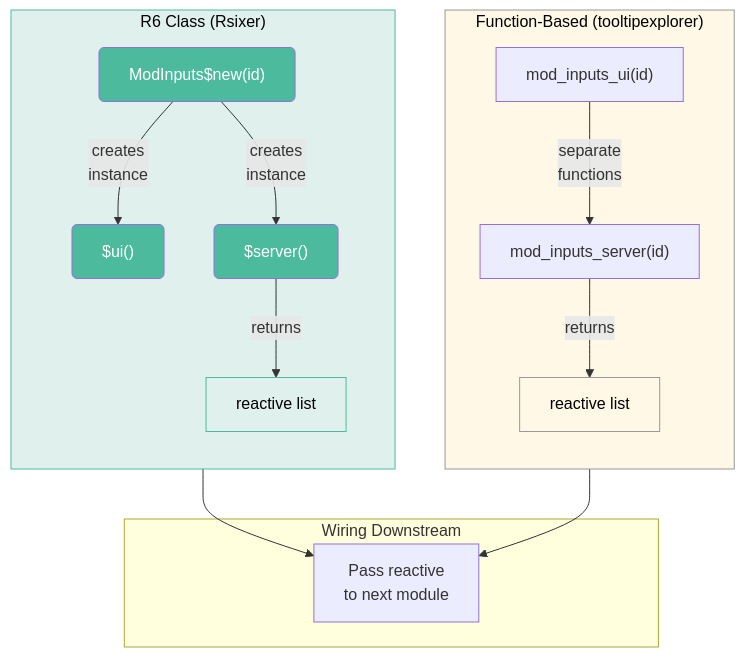
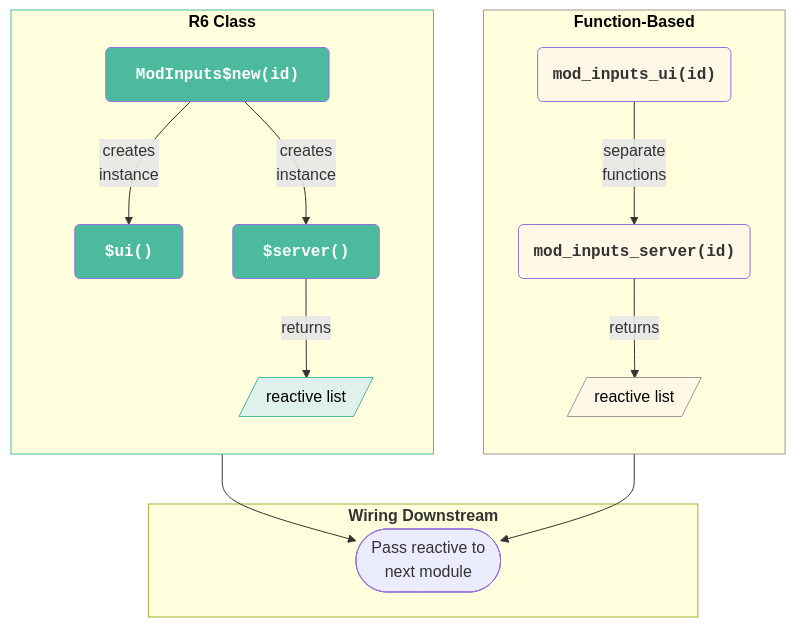
Before and after one commit to mjfrigaard/mjfrigaard.github.io: the seventh of 8 diagrams in posts/shiny-r6/index.qmd, drawn with Mermaid. The commit also changed other lines of this file and 23 other files, not shown here.

````diff
--- a/posts/shiny-r6/index.qmd
+++ b/posts/shiny-r6/index.qmd
@@ -611,45 +764,52 @@
 ```{mermaid}
 %%| eval: true
 %%| fig-align: 'center'
 %%| fig-caption: 'Function-Based vs R6 Module Flow'
 %%| echo: false
 %%{init: {'theme': 'base', 'themeVariables': { 'fontFamily': 'monospace', "darkMode":true}}}}%%
 
 flowchart TD
-    subgraph FunctionBased["Function-Based (tooltipexplorer)"]
+    subgraph FunctionBased["<strong>Function-Based</strong>"]
         direction TB
-        ModUi1["mod_inputs_ui(id)"]
-        ModServ1["mod_inputs_server(id)"]
-        React1["reactive list"]
+        ModUi1("<strong>mod_inputs_ui(id)</strong>")
+        ModServ1("<strong>mod_inputs_server(id)</strong>")
+        React1[/"reactive list"/]
+    end
+    
+    style FunctionBased color:#000000,stroke:#999
+
+    subgraph R6Based["<strong>R6 Class</strong>"]
+        direction TB
+        New["<strong>ModInputs$new(id)</strong>"]
+        UiMethod["<strong>$ui()</strong>"]
+        ServMethod["<strong>$server()</strong>"]
+        React2[/"reactive list"/]
+    end
+    
+    style R6Based color:#000000,stroke:#4CBB9D
+
+    subgraph Wire["<strong>Wiring Downstream</strong>"]
+        PassReact(["Pass reactive to<br>next module"])
     end
 
-    subgraph R6Based["R6 Class (Rsixer)"]
-        direction TB
-        New["ModInputs$new(id)"]
-        UiMethod["$ui()"]
-        ServMethod["$server()"]
-        React2["reactive list"]
-    end
-
-    subgraph Wire["Wiring Downstream"]
-        PassReact["Pass reactive<br/>to next module"]
-    end
-
-    ModUi1 -->|"separate<br/>functions"| ModServ1
+    ModUi1 -->|"separate<br>functions"| ModServ1
     ModServ1 -->|"returns"| React1
 
-    New -->|"creates<br/>instance"| UiMethod
-    New -->|"creates<br/>instance"| ServMethod
+    New -->|"creates<br>instance"| UiMethod
+    New -->|"creates<br>instance"| ServMethod
     ServMethod -->|"returns"| React2
 
     React1 --> PassReact
     React2 --> PassReact
 
-    style FunctionBased fill:#FFF8E7,color:#000000,stroke:#999
-    style R6Based fill:#E0F0ED,color:#000000,stroke:#4CBB9D
-    style New fill:#4CBB9D,color:#FFFFFF,rx:5,ry:5
-    style UiMethod fill:#4CBB9D,color:#FFFFFF,rx:5,ry:5
-    style ServMethod fill:#4CBB9D,color:#FFFFFF,rx:5,ry:5
+    style ModUi1 fill:#FFF8E7,font-family:monospace
+    style ModServ1 fill:#FFF8E7,font-family:monospace
+    
+    
+    style New fill:#4CBB9D,color:#FFFFFF,rx:5,ry:5,font-family:monospace
+    style UiMethod fill:#4CBB9D,color:#FFFFFF,rx:5,ry:5,font-family:monospace
+    style ServMethod fill:#4CBB9D,color:#FFFFFF,rx:5,ry:5,font-family:monospace
     style React1 fill:#FFF8E7,color:#000000,stroke:#999
     style React2 fill:#E0F0ED,color:#000000,stroke:#4CBB9D
+    
 ```
````
